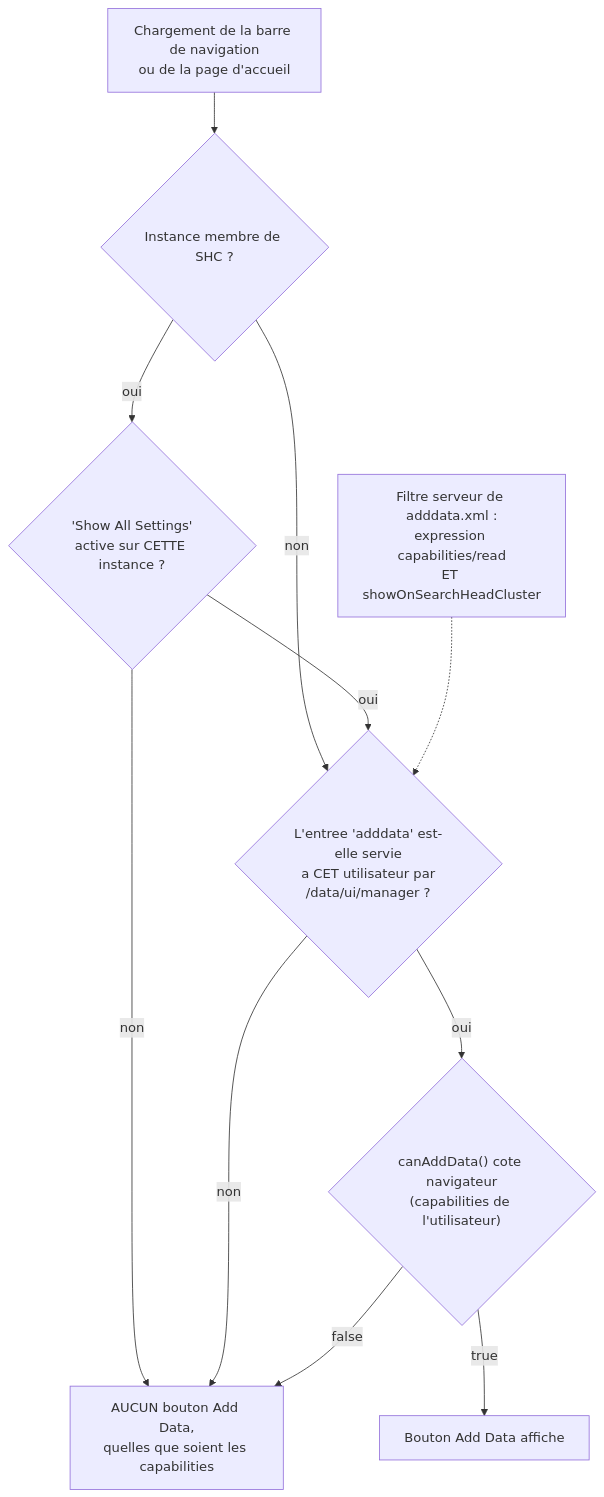
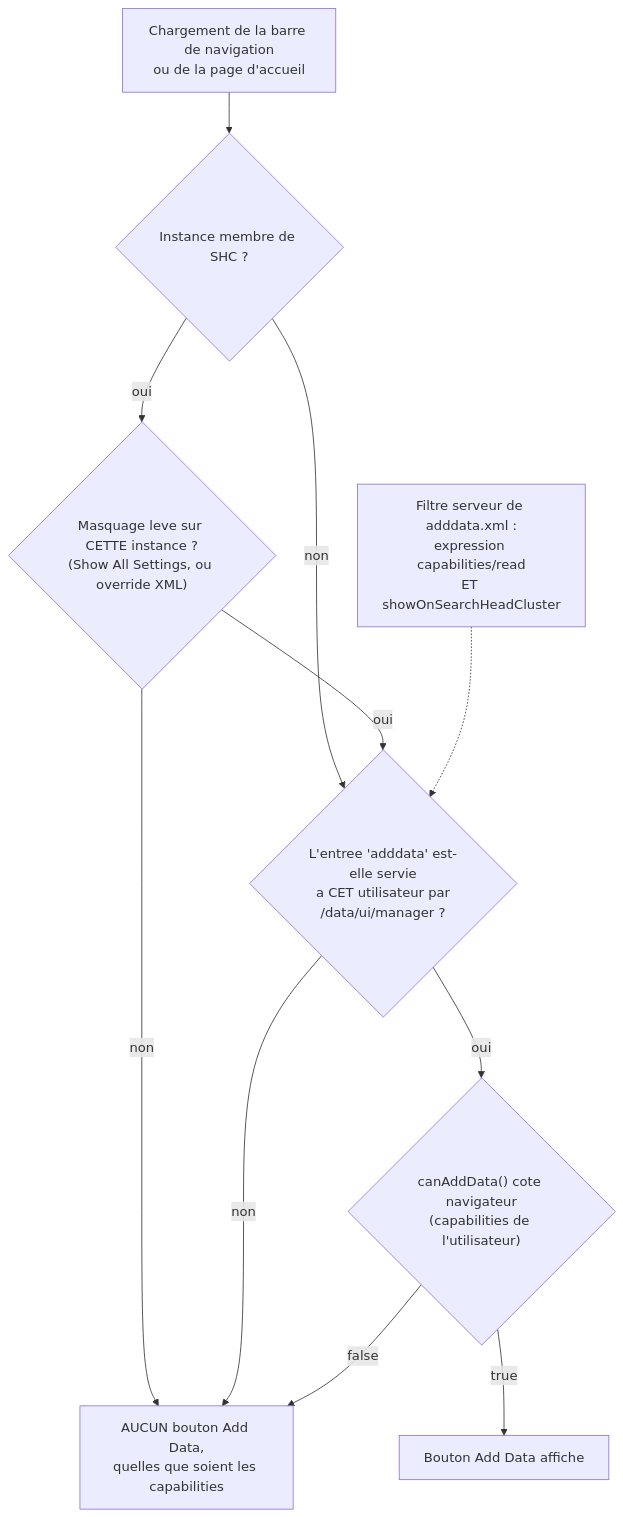
Before and after one commit to rafiki31130/knowledge_base_pro: the diagram in concepts/splunk-add-data-capabilities.md, drawn with Mermaid. The commit also changed other lines of this file, not shown here.

````diff
--- a/concepts/splunk-add-data-capabilities.md
+++ b/concepts/splunk-add-data-capabilities.md
@@ -34,13 +35,13 @@
 ```mermaid
 flowchart TD
   A["Chargement de la barre de navigation<br/>ou de la page d'accueil"] --> T{"Instance membre de SHC ?"}
   T -- non --> B
-  T -- oui --> S{"'Show All Settings'<br/>active sur CETTE instance ?"}
+  T -- oui --> S{"Masquage leve sur CETTE instance ?<br/>(Show All Settings, ou override XML)"}
   S -- non --> X["AUCUN bouton Add Data,<br/>quelles que soient les capabilities"]
   S -- oui --> B{"L'entree 'adddata' est-elle servie<br/>a CET utilisateur par<br/>/data/ui/manager ?"}
   B -- non --> X
   B -- oui --> C{"canAddData() cote navigateur<br/>(capabilities de l'utilisateur)"}
   C -- "false" --> X
   C -- "true" --> D["Bouton Add Data affiche"]
   F["Filtre serveur de adddata.xml :<br/>expression capabilities/read<br/>ET showOnSearchHeadCluster"] -.-> B
 ```
````
